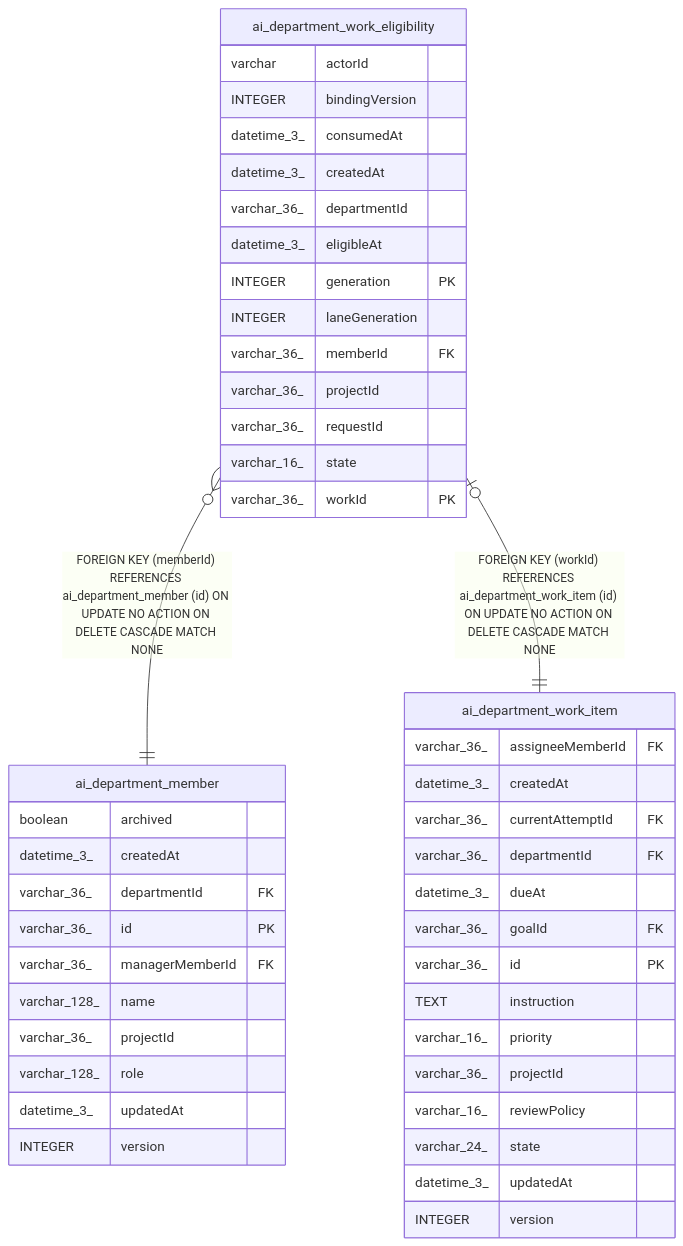
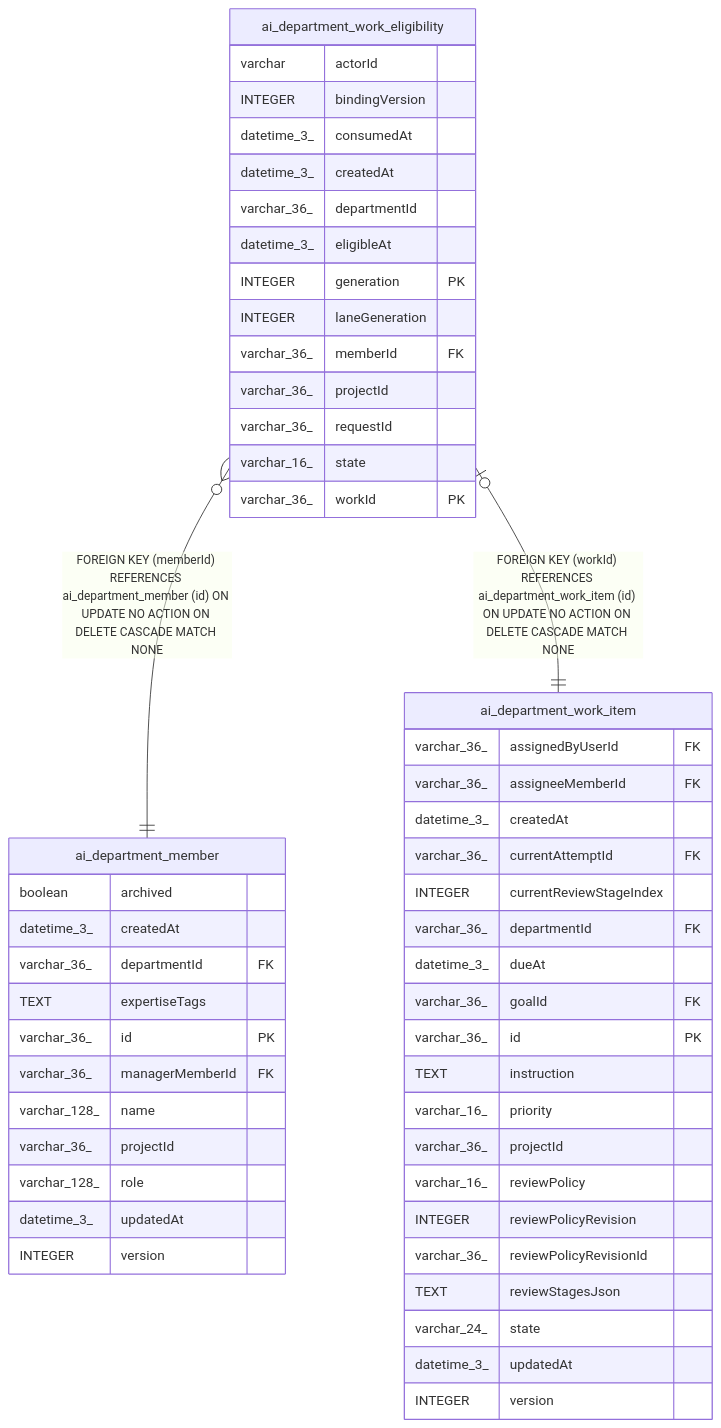
The diagram in docs/generated/sqlite-schema/ai_department_work_eligibility.md (haison1234/Nexora), drawn with Mermaid before and after one commit. The commit also changed 524 other files, not shown here.

````diff
--- a/docs/generated/sqlite-schema/ai_department_work_eligibility.md
+++ b/docs/generated/sqlite-schema/ai_department_work_eligibility.md
@@ -53,50 +53,56 @@
 ```mermaid
 erDiagram
 
 "ai_department_work_eligibility" }o--|| "ai_department_member" : "FOREIGN KEY (memberId) REFERENCES ai_department_member (id) ON UPDATE NO ACTION ON DELETE CASCADE MATCH NONE"
 "ai_department_work_eligibility" |o--|| "ai_department_work_item" : "FOREIGN KEY (workId) REFERENCES ai_department_work_item (id) ON UPDATE NO ACTION ON DELETE CASCADE MATCH NONE"
 
 "ai_department_work_eligibility" {
   varchar actorId
   INTEGER bindingVersion
   datetime_3_ consumedAt
   datetime_3_ createdAt
   varchar_36_ departmentId
   datetime_3_ eligibleAt
   INTEGER generation PK
   INTEGER laneGeneration
   varchar_36_ memberId FK
   varchar_36_ projectId
   varchar_36_ requestId
   varchar_16_ state
   varchar_36_ workId PK
 }
 "ai_department_member" {
   boolean archived
   datetime_3_ createdAt
   varchar_36_ departmentId FK
+  TEXT expertiseTags
   varchar_36_ id PK
   varchar_36_ managerMemberId FK
   varchar_128_ name
   varchar_36_ projectId
   varchar_128_ role
   datetime_3_ updatedAt
   INTEGER version
 }
 "ai_department_work_item" {
+  varchar_36_ assignedByUserId FK
   varchar_36_ assigneeMemberId FK
   datetime_3_ createdAt
   varchar_36_ currentAttemptId FK
+  INTEGER currentReviewStageIndex
   varchar_36_ departmentId FK
   datetime_3_ dueAt
   varchar_36_ goalId FK
   varchar_36_ id PK
   TEXT instruction
   varchar_16_ priority
   varchar_36_ projectId
   varchar_16_ reviewPolicy
+  INTEGER reviewPolicyRevision
+  varchar_36_ reviewPolicyRevisionId
+  TEXT reviewStagesJson
   varchar_24_ state
   datetime_3_ updatedAt
   INTEGER version
 }
 ```
````
